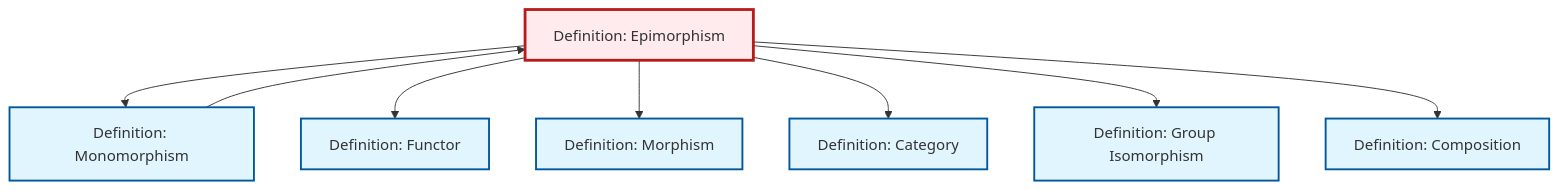
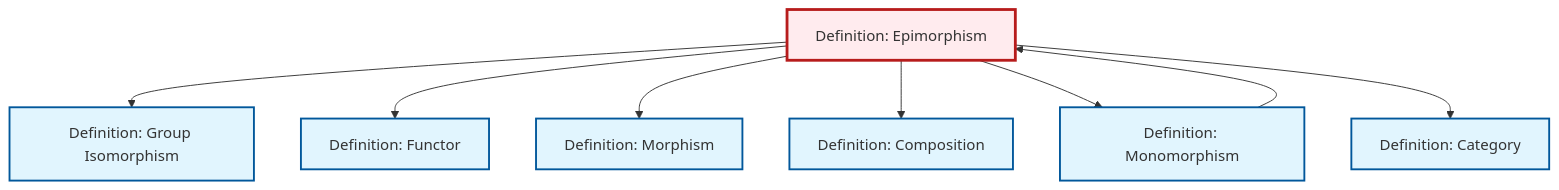
The diagram in content/ja/category-theory/def-epimorphism.qmd (RK0429/ModernMath), drawn with Mermaid before and after one commit. The commit also changed other lines of this file and 654 other files, not shown here.

````diff
--- a/content/ja/category-theory/def-epimorphism.qmd
+++ b/content/ja/category-theory/def-epimorphism.qmd
@@ -97,30 +97,30 @@
 ```{mermaid}
 %%| fig-cap: "Local dependency graph"
 graph TD
     classDef definition fill:#e1f5fe,stroke:#01579b,stroke-width:2px
     classDef theorem fill:#f3e5f5,stroke:#4a148c,stroke-width:2px
     classDef axiom fill:#fff3e0,stroke:#e65100,stroke-width:2px
     classDef example fill:#e8f5e9,stroke:#1b5e20,stroke-width:2px
     classDef current fill:#ffebee,stroke:#b71c1c,stroke-width:3px
+    def-isomorphism["Definition: Group Isomorphism"]:::definition
+    def-functor["Definition: Functor"]:::definition
+    def-epimorphism["Definition: Epimorphism"]:::definition
     def-category["Definition: Category"]:::definition
+    def-morphism["Definition: Morphism"]:::definition
     def-composition["Definition: Composition"]:::definition
-    def-epimorphism["Definition: Epimorphism"]:::definition
     def-monomorphism["Definition: Monomorphism"]:::definition
-    def-isomorphism["Definition: Group Isomorphism"]:::definition
-    def-morphism["Definition: Morphism"]:::definition
-    def-functor["Definition: Functor"]:::definition
-    def-epimorphism --> def-monomorphism
+    def-epimorphism --> def-isomorphism
     def-epimorphism --> def-functor
     def-epimorphism --> def-morphism
     def-monomorphism --> def-epimorphism
+    def-epimorphism --> def-composition
+    def-epimorphism --> def-monomorphism
     def-epimorphism --> def-category
-    def-epimorphism --> def-isomorphism
-    def-epimorphism --> def-composition
     class def-epimorphism current
+    click def-isomorphism "def-isomorphism.html" "Definition: Group Isomorphismへ"
+    click def-functor "def-functor.html" "Definition: Functorへ"
     click def-category "def-category.html" "Definition: Categoryへ"
+    click def-morphism "def-morphism.html" "Definition: Morphismへ"
     click def-composition "def-composition.html" "Definition: Compositionへ"
     click def-monomorphism "def-monomorphism.html" "Definition: Monomorphismへ"
-    click def-isomorphism "def-isomorphism.html" "Definition: Group Isomorphismへ"
-    click def-morphism "def-morphism.html" "Definition: Morphismへ"
-    click def-functor "def-functor.html" "Definition: Functorへ"
 ```
````
